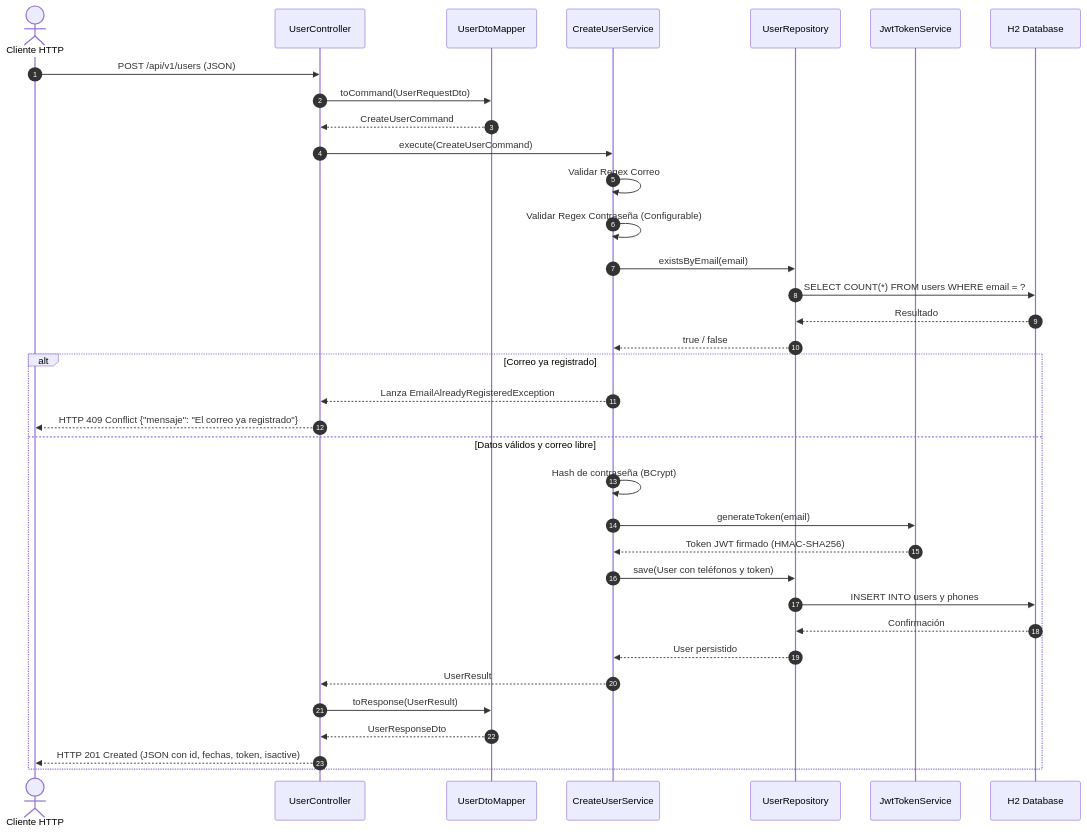
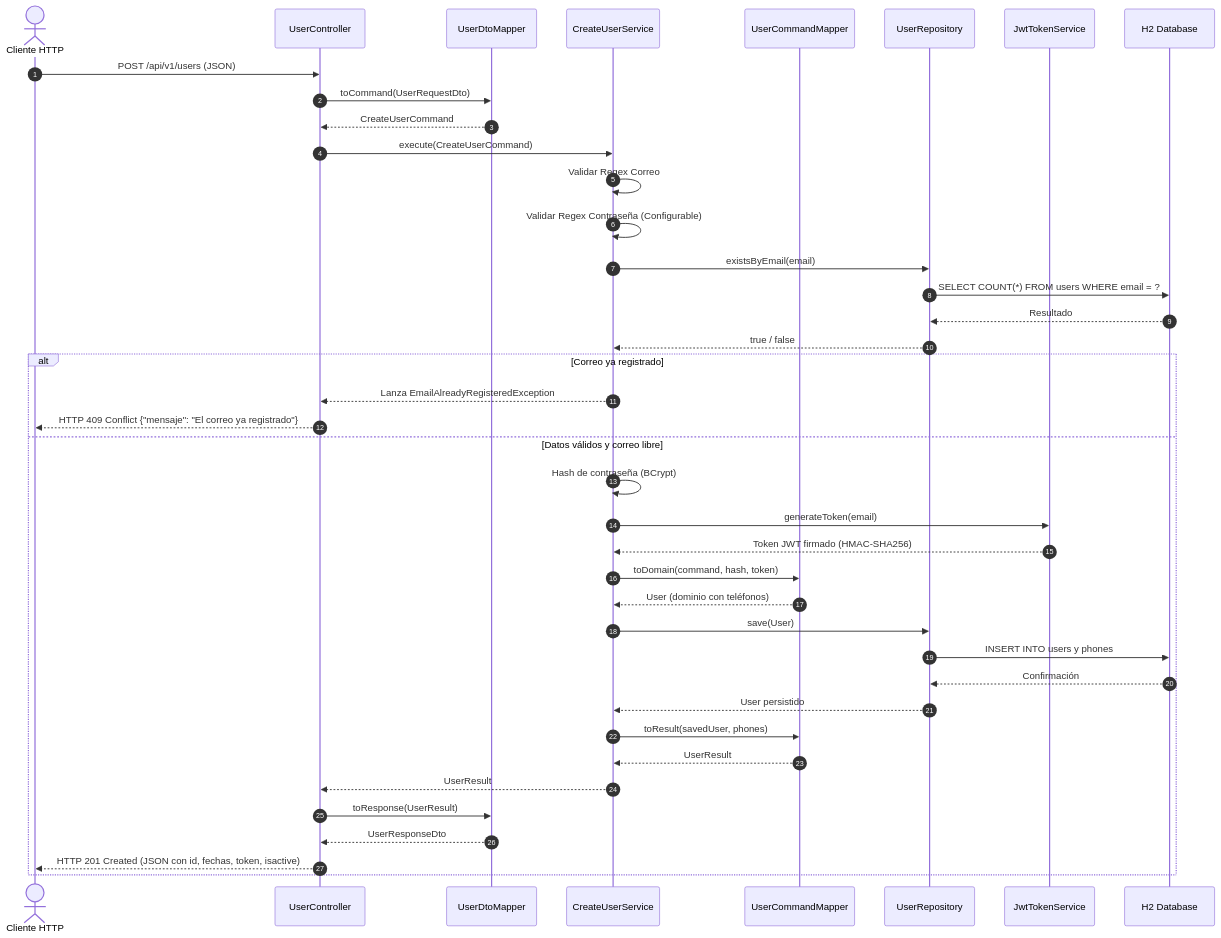
The second of 2 diagrams in README.md (andresgouts/user-demo), drawn with Mermaid before and after one commit. The commit also changed other lines of this file and 4 other files, not shown here.

Commit message:
refactor: extract UserCommandMapper in application layer and update CreateUserService

````diff
--- a/README.md
+++ b/README.md
@@ -53,41 +55,46 @@
 ```mermaid
 sequenceDiagram
     autonumber
     actor Cliente as Cliente HTTP
     participant Controller as UserController
-    participant Mapper as UserDtoMapper
+    participant DtoMapper as UserDtoMapper
     participant Service as CreateUserService
+    participant CmdMapper as UserCommandMapper
     participant Repo as UserRepository
     participant JWT as JwtTokenService
     participant DB as H2 Database
 
     Cliente->>Controller: POST /api/v1/users (JSON)
-    Controller->>Mapper: toCommand(UserRequestDto)
-    Mapper-->>Controller: CreateUserCommand
+    Controller->>DtoMapper: toCommand(UserRequestDto)
+    DtoMapper-->>Controller: CreateUserCommand
     Controller->>Service: execute(CreateUserCommand)
     
     Service->>Service: Validar Regex Correo
     Service->>Service: Validar Regex Contraseña (Configurable)
     
     Service->>Repo: existsByEmail(email)
     Repo->>DB: SELECT COUNT(*) FROM users WHERE email = ?
     DB-->>Repo: Resultado
     Repo-->>Service: true / false
     
     alt Correo ya registrado
         Service-->>Controller: Lanza EmailAlreadyRegisteredException
         Controller-->>Cliente: HTTP 409 Conflict {"mensaje": "El correo ya registrado"}
     else Datos válidos y correo libre
         Service->>Service: Hash de contraseña (BCrypt)
         Service->>JWT: generateToken(email)
         JWT-->>Service: Token JWT firmado (HMAC-SHA256)
-        Service->>Repo: save(User con teléfonos y token)
+        Service->>CmdMapper: toDomain(command, hash, token)
+        CmdMapper-->>Service: User (dominio con teléfonos)
+        Service->>Repo: save(User)
         Repo->>DB: INSERT INTO users y phones
         DB-->>Repo: Confirmación
         Repo-->>Service: User persistido
+        Service->>CmdMapper: toResult(savedUser, phones)
+        CmdMapper-->>Service: UserResult
         Service-->>Controller: UserResult
-        Controller->>Mapper: toResponse(UserResult)
-        Mapper-->>Controller: UserResponseDto
+        Controller->>DtoMapper: toResponse(UserResult)
+        DtoMapper-->>Controller: UserResponseDto
         Controller-->>Cliente: HTTP 201 Created (JSON con id, fechas, token, isactive)
     end
 ```
````
